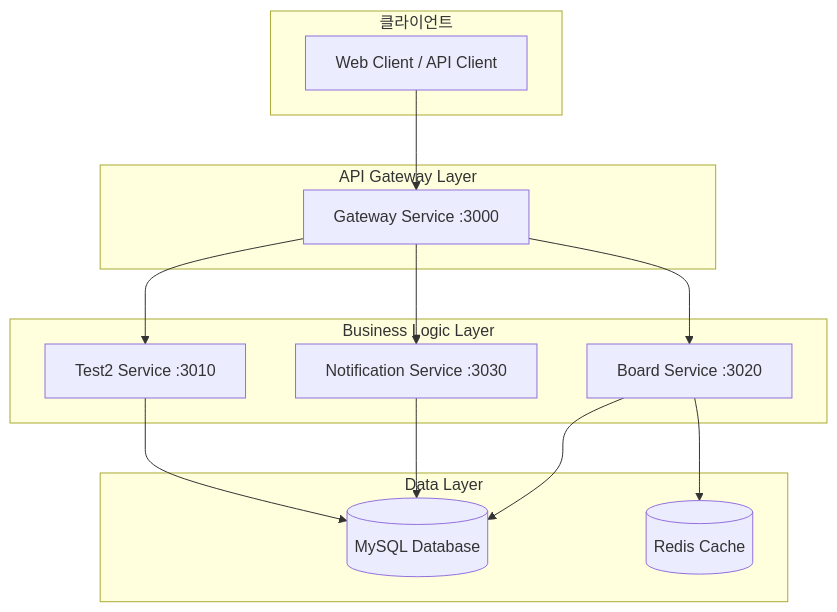
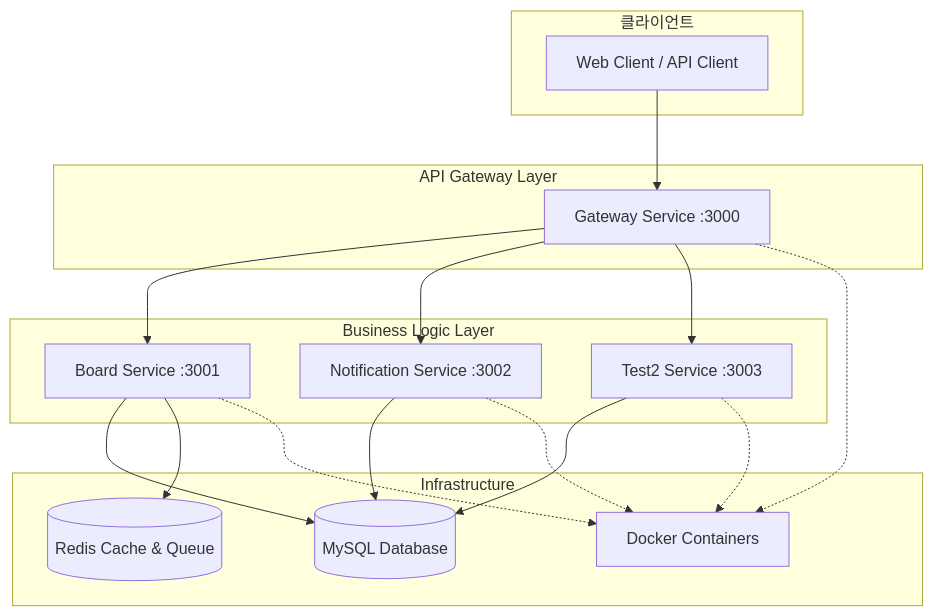
One commit to kimhyosung1/toy-project changed the diagram in README.md. Above: the diagram before and after it, drawn with Mermaid. The commit also changed other lines of this file and 17 other files, not shown here.

````diff
--- a/README.md
+++ b/README.md
@@ -25,31 +24,37 @@
 ```mermaid
 graph TB
     subgraph "클라이언트"
         Client[Web Client / API Client]
     end
 
     subgraph "API Gateway Layer"
         Gateway[Gateway Service :3000]
     end
 
     subgraph "Business Logic Layer"
-        Board[Board Service :3020]
-        Notification[Notification Service :3030]
-        Test2[Test2 Service :3010]
+        Board[Board Service :3001]
+        Notification[Notification Service :3002]
+        Test2[Test2 Service :3003]
     end
 
-    subgraph "Data Layer"
+    subgraph "Infrastructure"
+        Docker[Docker Containers]
         MySQL[(MySQL Database)]
-        Redis[(Redis Cache)]
+        Redis[(Redis Cache & Queue)]
     end
 
     Client --> Gateway
     Gateway --> Board
     Gateway --> Notification
     Gateway --> Test2
 
     Board --> MySQL
     Board --> Redis
     Notification --> MySQL
     Test2 --> MySQL
+
+    Gateway -.-> Docker
+    Board -.-> Docker
+    Notification -.-> Docker
+    Test2 -.-> Docker
 ```
````
